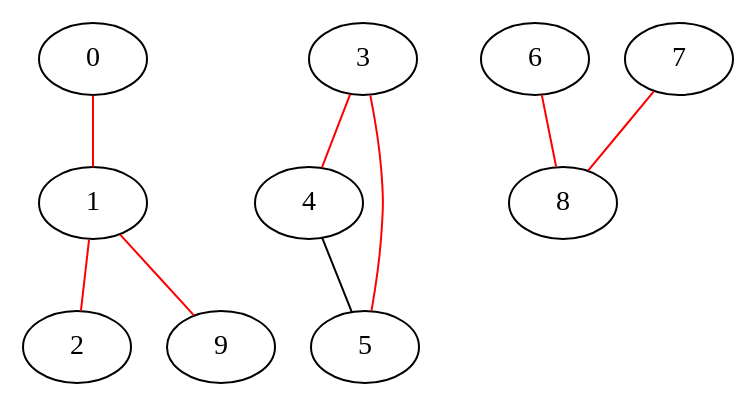
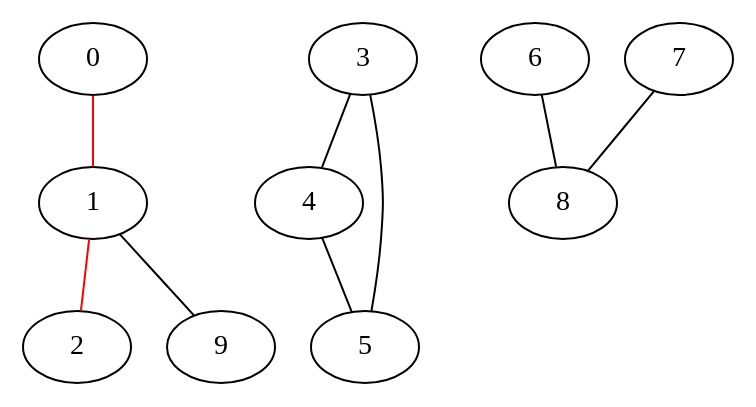
Before and after one commit to amitkvikram/CS2100: the diagram in week4/seven.dot, drawn with Graphviz. The commit also changed 53 other files, not shown here.

```diff
--- a/week4/seven.dot
+++ b/week4/seven.dot
@@ -1,14 +1,14 @@
 graph seven{
 	0 -- 1[color=red];
 	1 -- 2[color=red];
-	1 -- 9[color=red];
+	1 -- 9;
 	2;
-	3 -- 4[color=red];
-	3 -- 5[color=red];
+	3 -- 4;
+	3 -- 5;
 	4 -- 5;
 	5;
-	6 -- 8[color=red];
-	7 -- 8[color=red];
+	6 -- 8;
+	7 -- 8;
 	8;
 	9
 }
```
